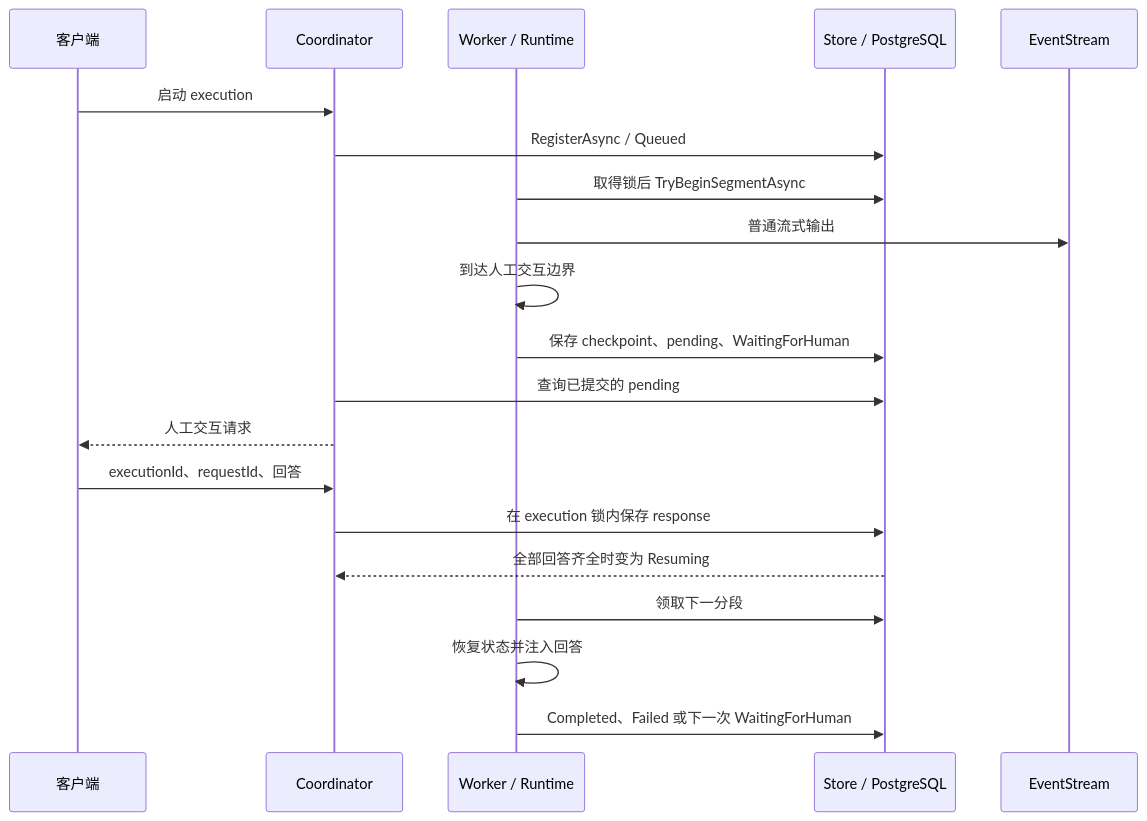
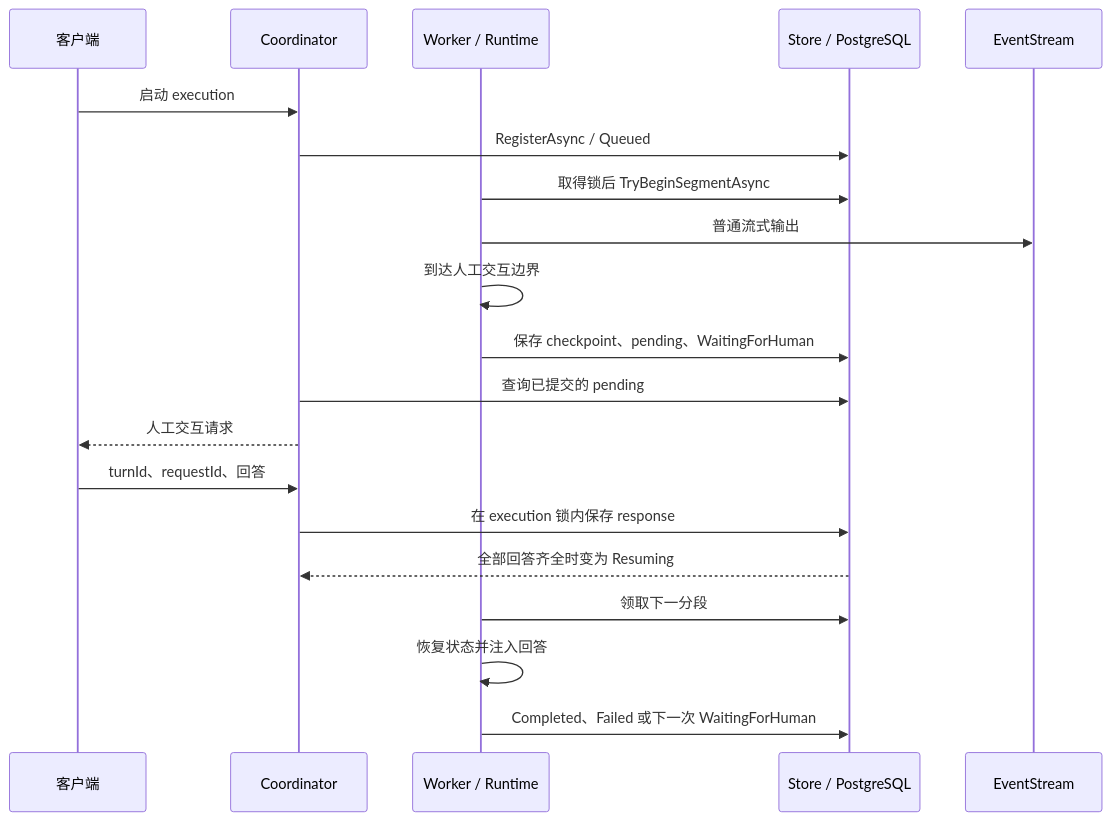
One commit to zxyao145/agw changed the third of 3 diagrams in src/server/Agw.Agents.Execution/Persistence/README.md. Above: the diagram before and after it, drawn with Mermaid. The commit also changed other lines of this file and 123 other files, not shown here.

First line of the commit message:
feat(execution): use turnId throughout turn handling

````diff
--- a/src/server/Agw.Agents.Execution/Persistence/README.md
+++ b/src/server/Agw.Agents.Execution/Persistence/README.md
@@ -211,22 +211,22 @@
 ```mermaid
 sequenceDiagram
     participant C as 客户端
     participant D as Coordinator
     participant W as Worker / Runtime
     participant S as Store / PostgreSQL
     participant E as EventStream
     C->>D: 启动 execution
     D->>S: RegisterAsync / Queued
     W->>S: 取得锁后 TryBeginSegmentAsync
     W->>E: 普通流式输出
     W->>W: 到达人工交互边界
     W->>S: 保存 checkpoint、pending、WaitingForHuman
     D->>S: 查询已提交的 pending
     D-->>C: 人工交互请求
-    C->>D: executionId、requestId、回答
+    C->>D: turnId、requestId、回答
     D->>S: 在 execution 锁内保存 response
     S-->>D: 全部回答齐全时变为 Resuming
     W->>S: 领取下一分段
     W->>W: 恢复状态并注入回答
     W->>S: Completed、Failed 或下一次 WaitingForHuman
 ```
````
